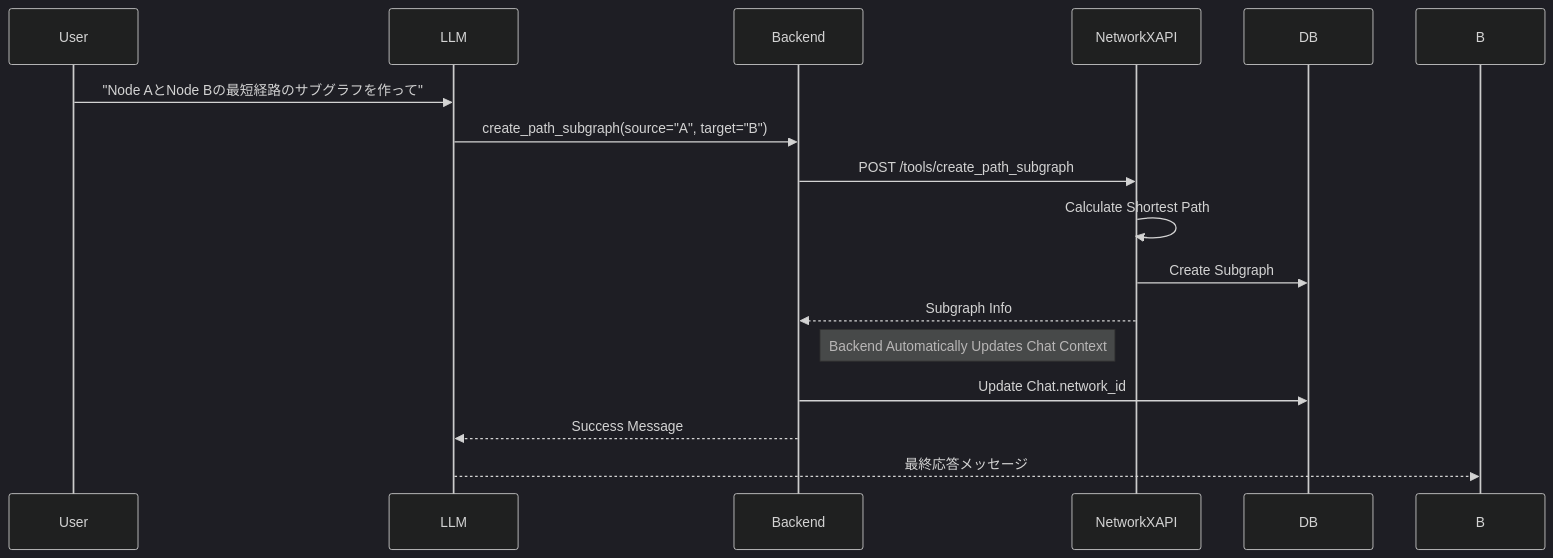
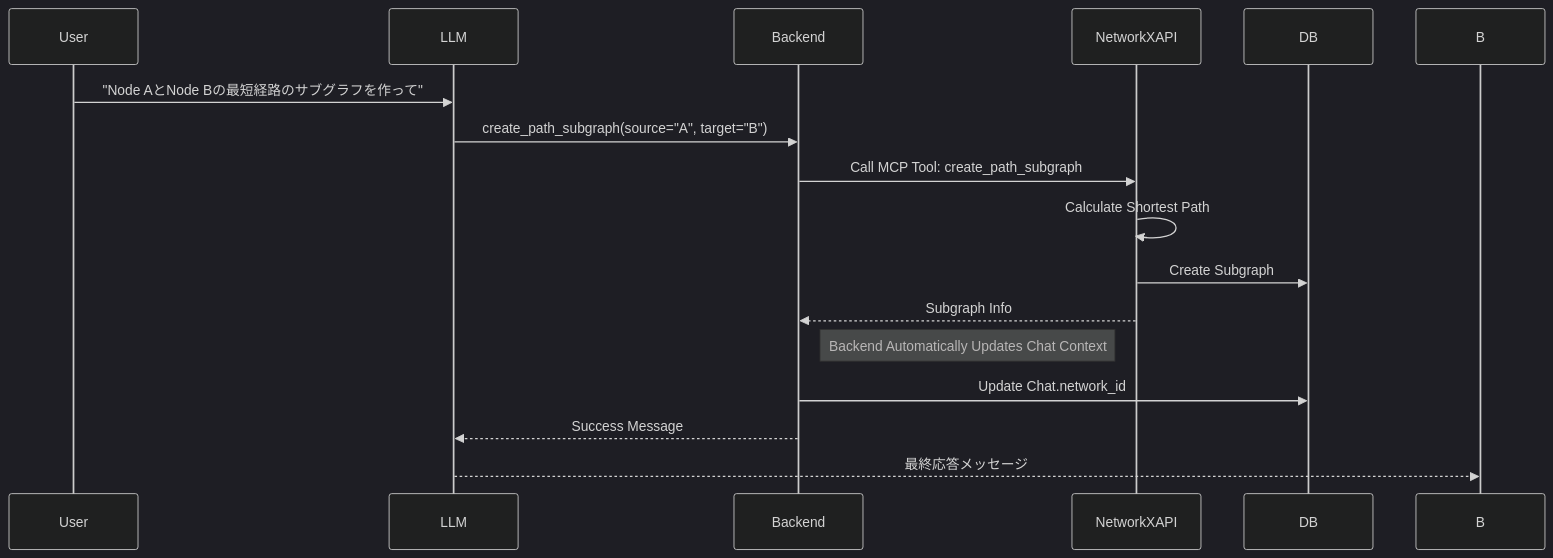
One commit to vdslab/LLMGraphvis changed the fifth of 9 diagrams in specification/2_Technical_Details/6_Core_Workflows.md. Above: the diagram before and after it, drawn with Mermaid (dark theme). The commit also changed other lines of this file and 19 other files, not shown here.

Commit message:
refactor: Reimplement LLM tool and network service communication using a new MCP client/server with SSE, removing old tool implementations.

````diff
--- a/specification/2_Technical_Details/6_Core_Workflows.md
+++ b/specification/2_Technical_Details/6_Core_Workflows.md
@@ -255,21 +255,21 @@
 ```mermaid
 sequenceDiagram
     participant User
     participant LLM
     participant Backend
     participant NetworkXAPI
     participant DB
 
     User->>LLM: "Node AとNode Bの最短経路のサブグラフを作って"
     LLM->>Backend: create_path_subgraph(source="A", target="B")
-    Backend->>NetworkXAPI: POST /tools/create_path_subgraph
+    Backend->>NetworkXAPI: Call MCP Tool: create_path_subgraph
     NetworkXAPI->>NetworkXAPI: Calculate Shortest Path
     NetworkXAPI->>DB: Create Subgraph
     NetworkXAPI-->>Backend: Subgraph Info
 
     note right of Backend: Backend Automatically Updates Chat Context
     Backend->>DB: Update Chat.network_id
     
     Backend-->>LLM: Success Message
     LLM-->>B: 最終応答メッセージ
 ```
````
